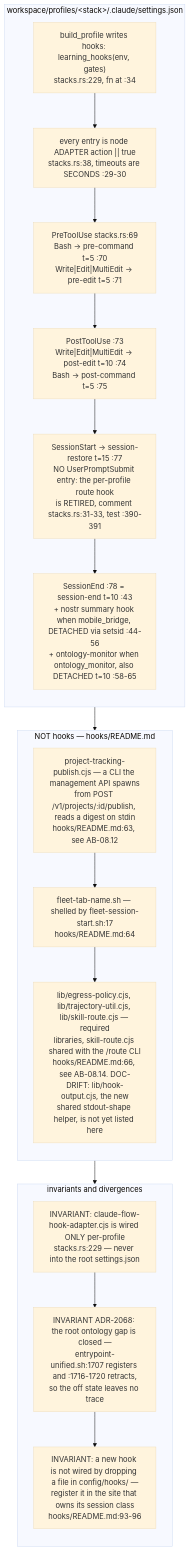
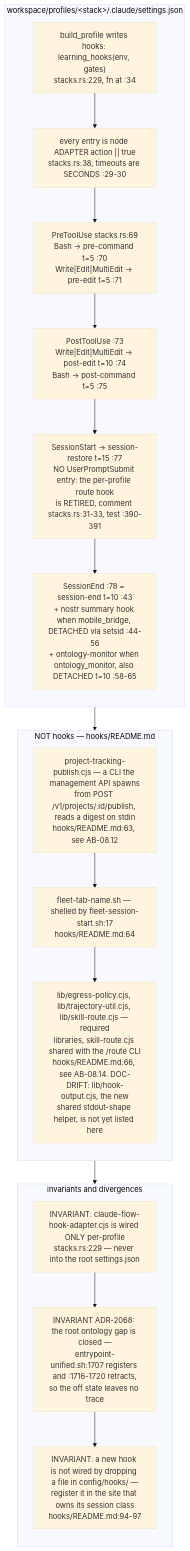
The second of 12 diagrams in docs/diagrams/agentbox/08-hooks-pipeline.md (DreamLab-AI/VisionFlow), drawn with Mermaid (base theme) before and after one commit. The commit also changed other lines of this file and 80 other files, not shown here.

First line of the commit message:
docs(diagrams): re-verify the agentbox, dreamlab, estate and visionflow corpus against current sources

````diff
--- a/docs/diagrams/agentbox/08-hooks-pipeline.md
+++ b/docs/diagrams/agentbox/08-hooks-pipeline.md
@@ -108,28 +108,28 @@
 ```mermaid
 flowchart TB
     subgraph PP["workspace/profiles/#60;stack#62;/.claude/settings.json"]
     direction TB
     P0["build_profile writes hooks: learning_hooks#40;env, gates#41;<br/>stacks.rs:229, fn at :34"]
     P1["every entry is node ADAPTER action #124;#124; true<br/>stacks.rs:38, timeouts are SECONDS :29-30"]
     P2["PreToolUse stacks.rs:69<br/>Bash → pre-command t=5 :70<br/>Write#124;Edit#124;MultiEdit → pre-edit t=5 :71"]
     P3["PostToolUse :73<br/>Write#124;Edit#124;MultiEdit → post-edit t=10 :74<br/>Bash → post-command t=5 :75"]
     P4["SessionStart → session-restore t=15 :77<br/>NO UserPromptSubmit entry: the per-profile route hook<br/>is RETIRED, comment stacks.rs:31-33, test :390-391"]
     P5["SessionEnd :78 = session-end t=10 :43<br/>+ nostr summary hook when mobile_bridge, DETACHED via setsid :44-56<br/>+ ontology-monitor when ontology_monitor, also DETACHED t=10 :58-65"]
     P0 --> P1 --> P2 --> P3 --> P4 --> P5
     end
     subgraph NOT["NOT hooks — hooks/README.md"]
     direction TB
     N1["project-tracking-publish.cjs — a CLI the management API spawns<br/>from POST /v1/projects/:id/publish, reads a digest on stdin<br/>hooks/README.md:63, see AB-08.12"]
     N2["fleet-tab-name.sh — shelled by fleet-session-start.sh:17<br/>hooks/README.md:64"]
     N3["lib/egress-policy.cjs, lib/trajectory-util.cjs, lib/skill-route.cjs — required<br/>libraries, skill-route.cjs shared with the /route CLI<br/>hooks/README.md:66, see AB-08.14. DOC-DRIFT: lib/hook-output.cjs, the new<br/>shared stdout-shape helper, is not yet listed here"]
     N1 --> N2 --> N3
     end
     subgraph INV["invariants and divergences"]
     direction TB
     I1["INVARIANT: claude-flow-hook-adapter.cjs is wired ONLY per-profile<br/>stacks.rs:229 — never into the root settings.json"]
     I2["INVARIANT ADR-2068: the root ontology gap is closed —<br/>entrypoint-unified.sh:1707 registers and :1716-1720 retracts,<br/>so the off state leaves no trace"]
-    I3["INVARIANT: a new hook is not wired by dropping a file in config/hooks/ —<br/>register it in the site that owns its session class<br/>hooks/README.md:93-96"]
+    I3["INVARIANT: a new hook is not wired by dropping a file in config/hooks/ —<br/>register it in the site that owns its session class<br/>hooks/README.md:94-97"]
     I1 --> I2 --> I3
     end
     PP --> NOT --> INV
 ```
````
